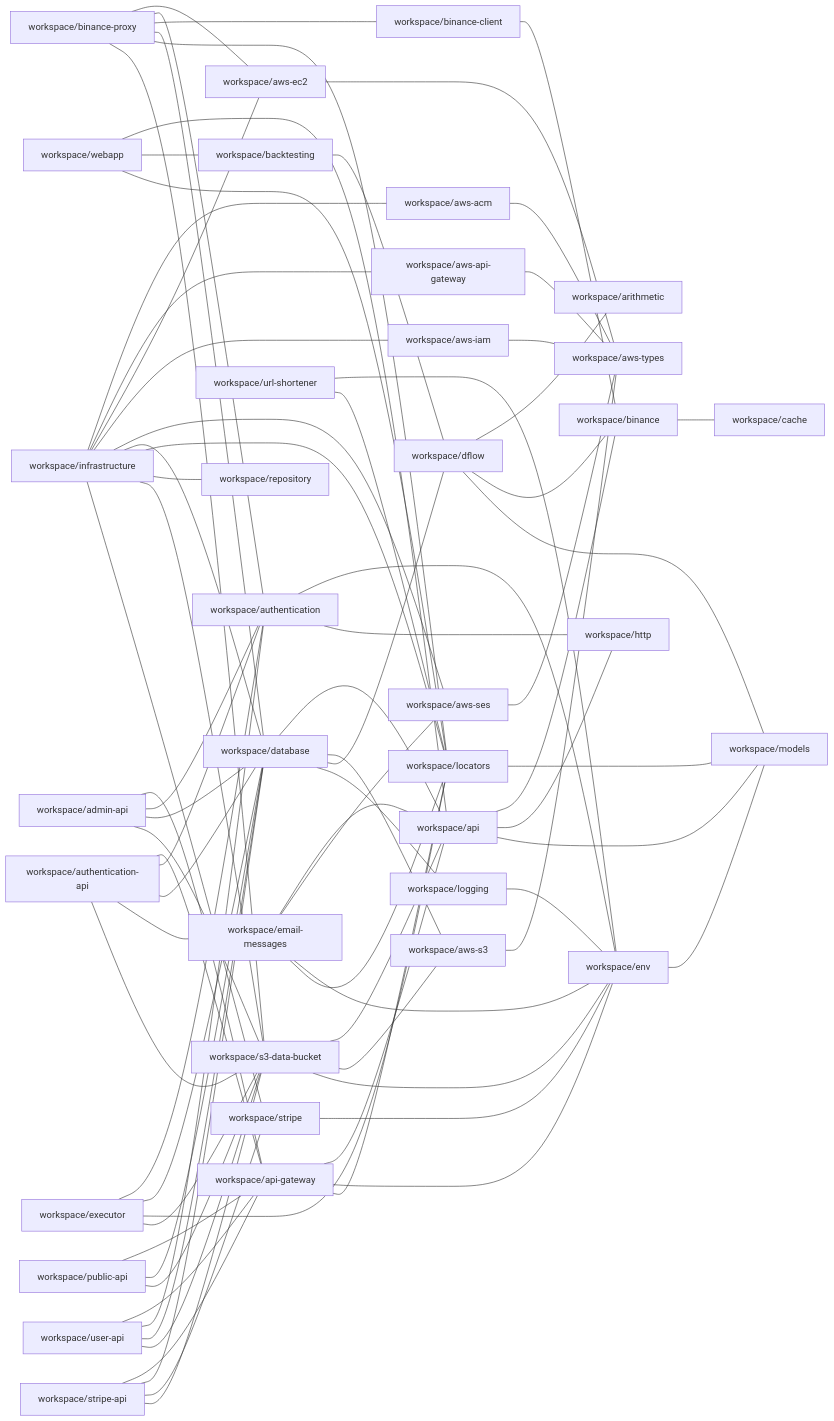
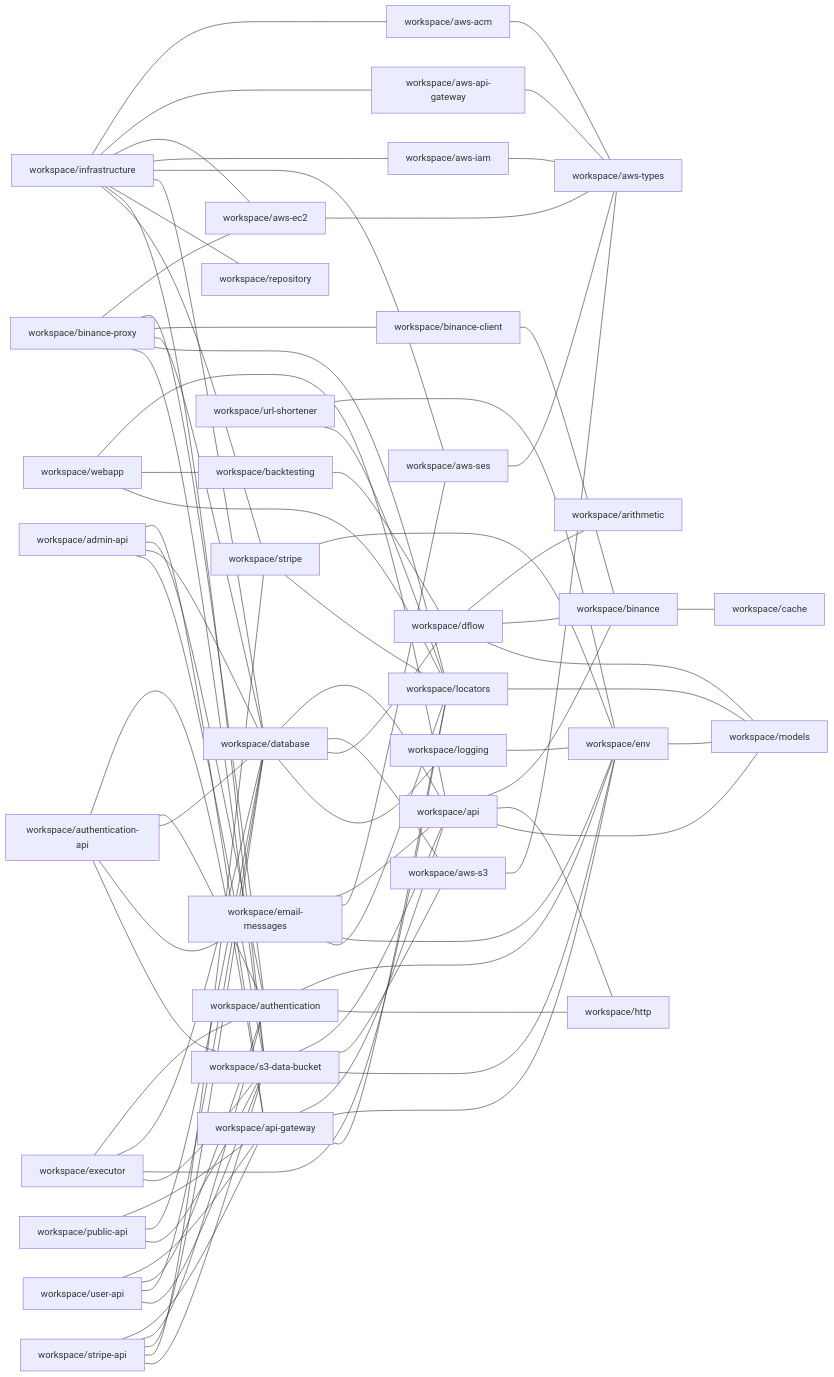
Before and after one commit to ggbot-org/ggbot: the diagram in repository/docs/npm-dependencies.md, drawn with Mermaid. The commit also changed 12 other files, not shown here.

```diff
--- a/repository/docs/npm-dependencies.md
+++ b/repository/docs/npm-dependencies.md
@@ -58,7 +58,6 @@
     workspace/infrastructure --- workspace/aws-iam
     workspace/infrastructure --- workspace/aws-ses
     workspace/infrastructure --- workspace/database
-    workspace/infrastructure --- workspace/locators
     workspace/infrastructure --- workspace/repository
     workspace/infrastructure --- workspace/s3-data-bucket
     workspace/infrastructure --- workspace/stripe
@@ -71,7 +70,9 @@
     workspace/s3-data-bucket --- workspace/aws-s3
     workspace/s3-data-bucket --- workspace/env
     workspace/stripe --- workspace/env
+    workspace/stripe --- workspace/locators
     workspace/stripe-api --- workspace/api-gateway
+    workspace/stripe-api --- workspace/authentication
     workspace/stripe-api --- workspace/database
     workspace/stripe-api --- workspace/stripe
     workspace/stripe-api --- workspace/s3-data-bucket
```
